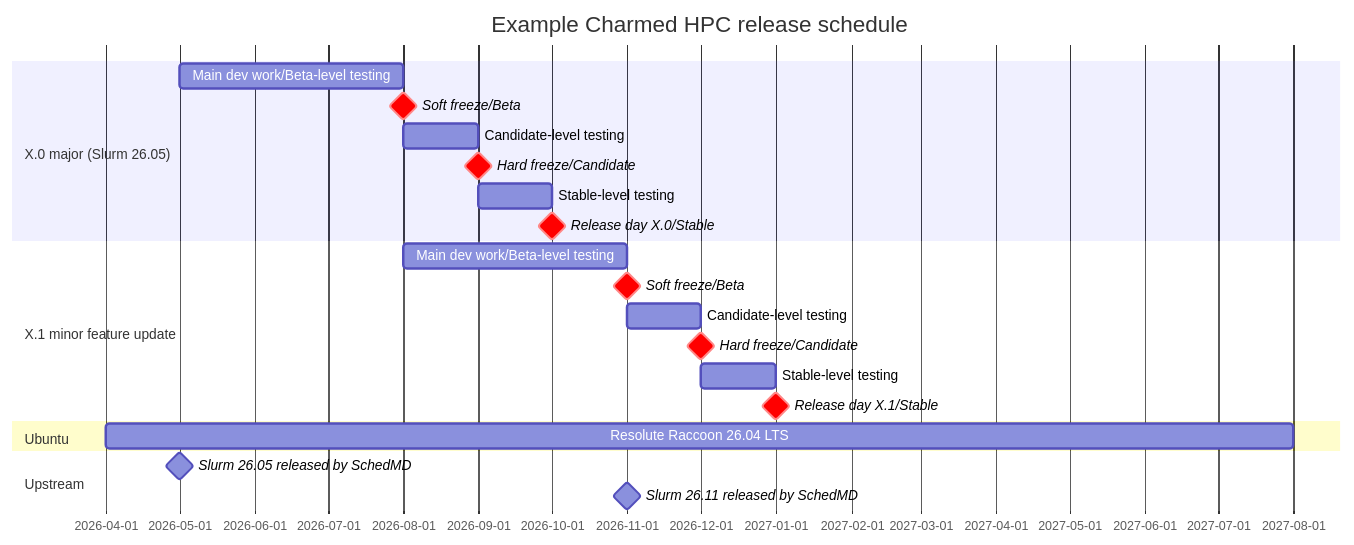
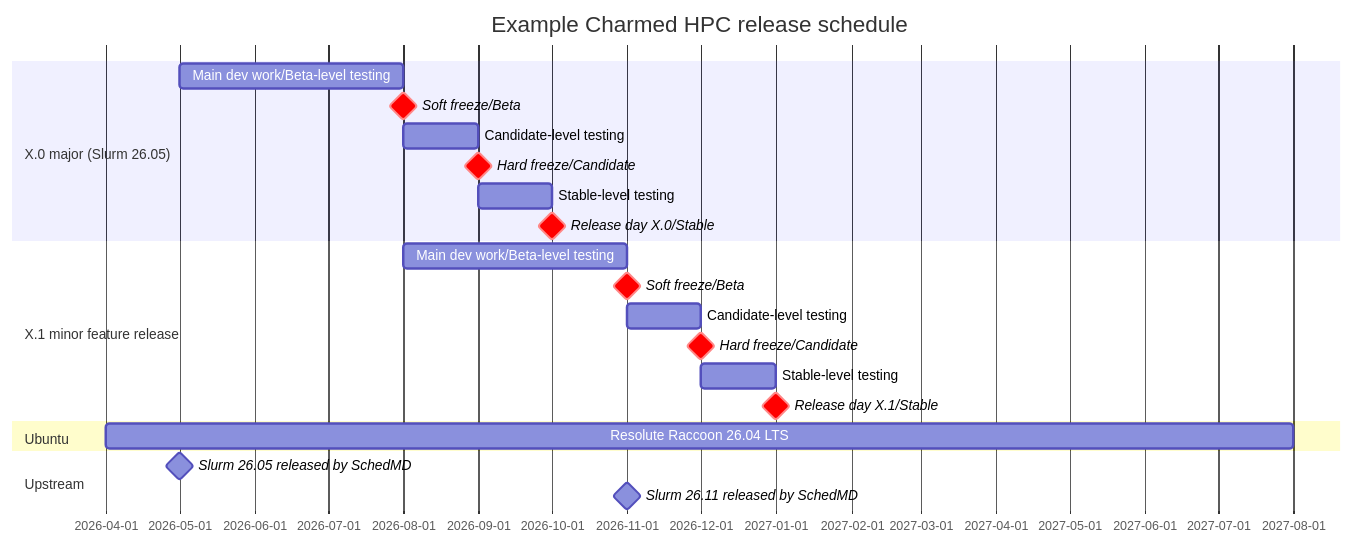
Before and after one commit to AshleyCliff/specs: the diagram in specs/UHPC 012 - Charmed HPC release policy and notes/uhpc-012.md, drawn with Mermaid. The commit also changed other lines of this file and 1 other file, not shown here.

Commit message:
fix(uhpc012): update feature versus patch release wording

````diff
--- a/specs/UHPC 012 - Charmed HPC release policy and notes/uhpc-012.md
+++ b/specs/UHPC 012 - Charmed HPC release policy and notes/uhpc-012.md
@@ -159,26 +173,26 @@
 ```mermaid
 gantt
   title Example Charmed HPC release schedule
   dateFormat YYYY-MM
   todayMarker off
 
   section X.0 major (Slurm 26.05)
       Main dev work/Beta-level testing                        :f1, 2026-05, 2026-08
       Soft freeze/Beta                                        :crit, milestone, v1, 2026-08, 0d
       Candidate-level testing                                 :f2, 2026-08, 2026-09
       Hard freeze/Candidate                                   :crit, milestone, v2, 2026-09, 0d
       Stable-level testing                                    :f3, 2026-09, 2026-10
       Release day X.0/Stable                                  :crit, milestone, r1, 2026-10, 0d
-  section X.1 minor feature update
+  section X.1 minor feature release
       Main dev work/Beta-level testing                        :f4, 2026-08, 2026-11
       Soft freeze/Beta                                        :crit, milestone, v3, 2026-11, 0d
       Candidate-level testing                                 :f5, 2026-11, 2026-12
       Hard freeze/Candidate                                   :crit, milestone, v4, 2026-12, 0d
       Stable-level testing                                    :f6, 2026-12, 2027-01
       Release day X.1/Stable                                  :crit, milestone, r2, 2027-01, 0d
   section Ubuntu
       Resolute Raccoon 26.04 LTS                              :2026-04, 2027-08
   section Upstream
       Slurm 26.05 released by SchedMD                       :milestone, a1, 2026-05, 0d
       Slurm 26.11 released by SchedMD                       :milestone, a2, 2026-11, 0d
 ```
````
